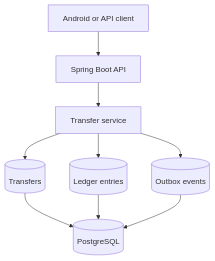
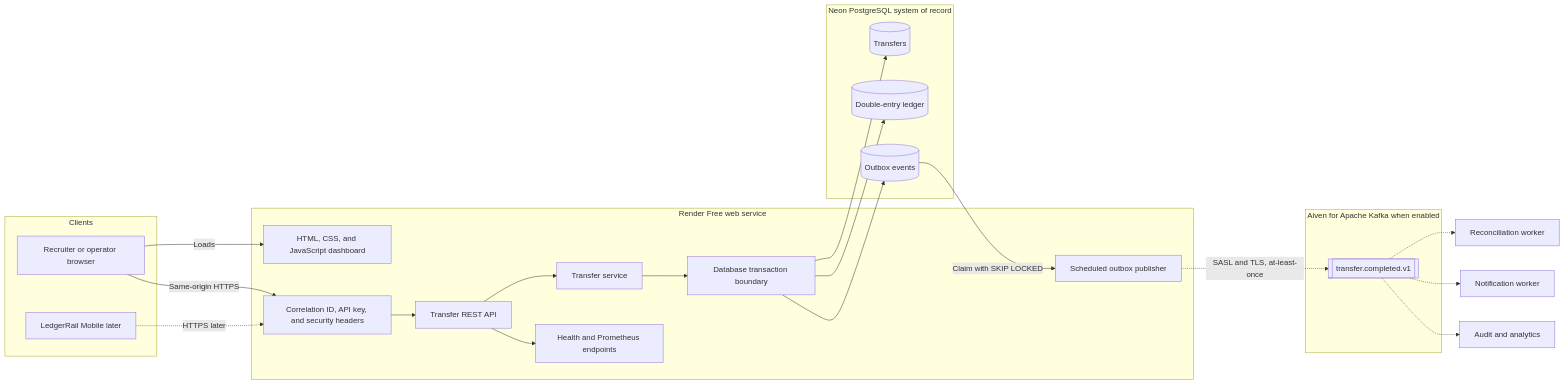
One commit to oranegonzales/ledgerrail-core changed the diagram in README.md. Above: the diagram before and after it, drawn with Mermaid. The commit also changed other lines of this file and 23 other files, not shown here.

First line of the commit message:
Add dashboard and reliable Kafka outbox publishing

````diff
--- a/README.md
+++ b/README.md
@@ -37,11 +41,43 @@
 ```mermaid
-flowchart TD
-    Client[Android or API client] --> API[Spring Boot API]
-    API --> Service[Transfer service]
-    Service --> Transfer[(Transfers)]
-    Service --> Ledger[(Ledger entries)]
-    Service --> Outbox[(Outbox events)]
-    Transfer --> PostgreSQL[(PostgreSQL)]
-    Ledger --> PostgreSQL
-    Outbox --> PostgreSQL
+flowchart LR
+    subgraph Clients
+        Browser[Recruiter or operator browser]
+        Android[LedgerRail Mobile later]
+    end
+
+    subgraph Render[Render Free web service]
+        Assets[HTML, CSS, and JavaScript dashboard]
+        Filters[Correlation ID, API key, and security headers]
+        API[Transfer REST API]
+        Service[Transfer service]
+        Transaction[Database transaction boundary]
+        Publisher[Scheduled outbox publisher]
+        Operations[Health and Prometheus endpoints]
+    end
+
+    subgraph Neon[Neon PostgreSQL system of record]
+        Transfers[(Transfers)]
+        Ledger[(Double-entry ledger)]
+        Outbox[(Outbox events)]
+    end
+
+    subgraph Aiven[Aiven for Apache Kafka when enabled]
+        Topic[[transfer.completed.v1]]
+    end
+
+    Browser -->|Loads| Assets
+    Browser -->|Same-origin HTTPS| Filters
+    Android -.->|HTTPS later| Filters
+    Filters --> API
+    API --> Service
+    API --> Operations
+    Service --> Transaction
+    Transaction --> Transfers
+    Transaction --> Ledger
+    Transaction --> Outbox
+    Outbox -->|Claim with SKIP LOCKED| Publisher
+    Publisher -.->|SASL and TLS, at-least-once| Topic
+    Topic -.-> Reconciliation[Reconciliation worker]
+    Topic -.-> Notifications[Notification worker]
+    Topic -.-> Audit[Audit and analytics]
 ```
````
